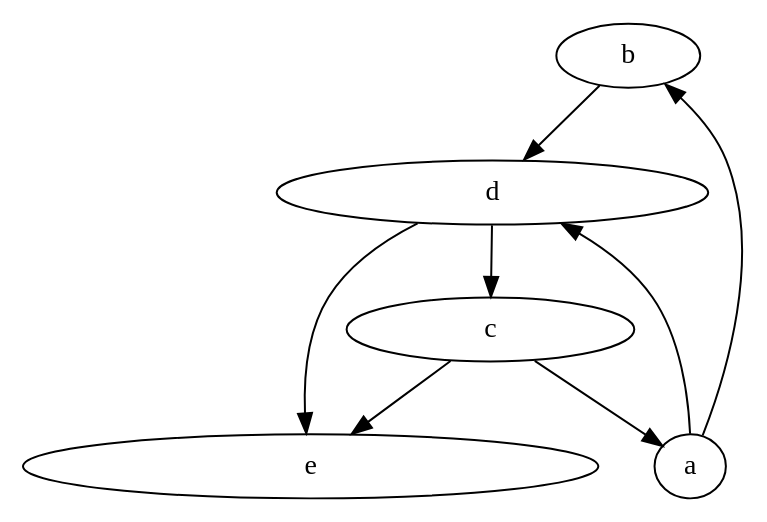
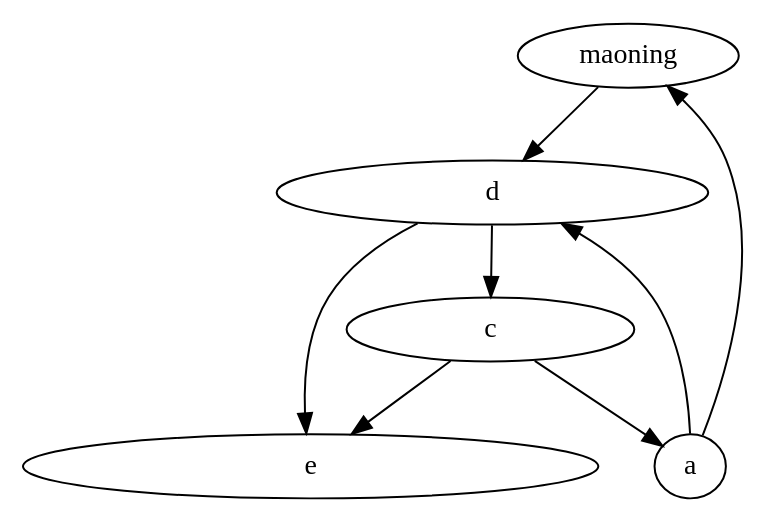
Before and after one commit to iamkknnii/rsdGraph: the diagram in ConsoleApplication1/rsdGraph.dot, drawn with Graphviz. The commit also changed 4 other files, not shown here.

```diff
--- a/ConsoleApplication1/rsdGraph.dot
+++ b/ConsoleApplication1/rsdGraph.dot
@@ -1,14 +1,14 @@
 digraph G {
-0[label="b",comment="",width=1,height=0];
-1[label="a",comment="",width=0,height=0];
-2[label="d",comment="",width=3,height=0];
-3[label="c",comment="",width=2,height=0];
-4[label="e",comment="",width=4,height=0];
-1->0 [edgeName="e0",edgeComment="",edgeIndex=0,edgeType=0];
-1->2 [edgeName="e1",edgeComment="",edgeIndex=1,edgeType=0];
-0->2 [edgeName="e2",edgeComment="",edgeIndex=2,edgeType=0];
-3->1 [edgeName="e3",edgeComment="",edgeIndex=3,edgeType=0];
-3->4 [edgeName="e4",edgeComment="",edgeIndex=4,edgeType=0];
-2->3 [edgeName="e5",edgeComment="",edgeIndex=5,edgeType=0];
-2->4 [edgeName="e6",edgeComment="",edgeIndex=6,edgeType=0];
+0[label="maoning",comment="1",width=1,height=0];
+1[label="a",comment="0",width=0,height=0];
+2[label="d",comment="3",width=3,height=0];
+3[label="c",comment="2",width=2,height=0];
+4[label="e",comment="4",width=4,height=0];
+1->0 [edgeName="e0",edgeComment="0",edgeIndex=0,edgeType=0];
+1->2 [edgeName="e1",edgeComment="1",edgeIndex=1,edgeType=0];
+0->2 [edgeName="e2",edgeComment="2",edgeIndex=2,edgeType=0];
+3->1 [edgeName="e3",edgeComment="3",edgeIndex=3,edgeType=0];
+3->4 [edgeName="e4",edgeComment="4",edgeIndex=4,edgeType=0];
+2->3 [edgeName="e5",edgeComment="5",edgeIndex=5,edgeType=0];
+2->4 [edgeName="e6",edgeComment="6",edgeIndex=6,edgeType=0];
 }
```
